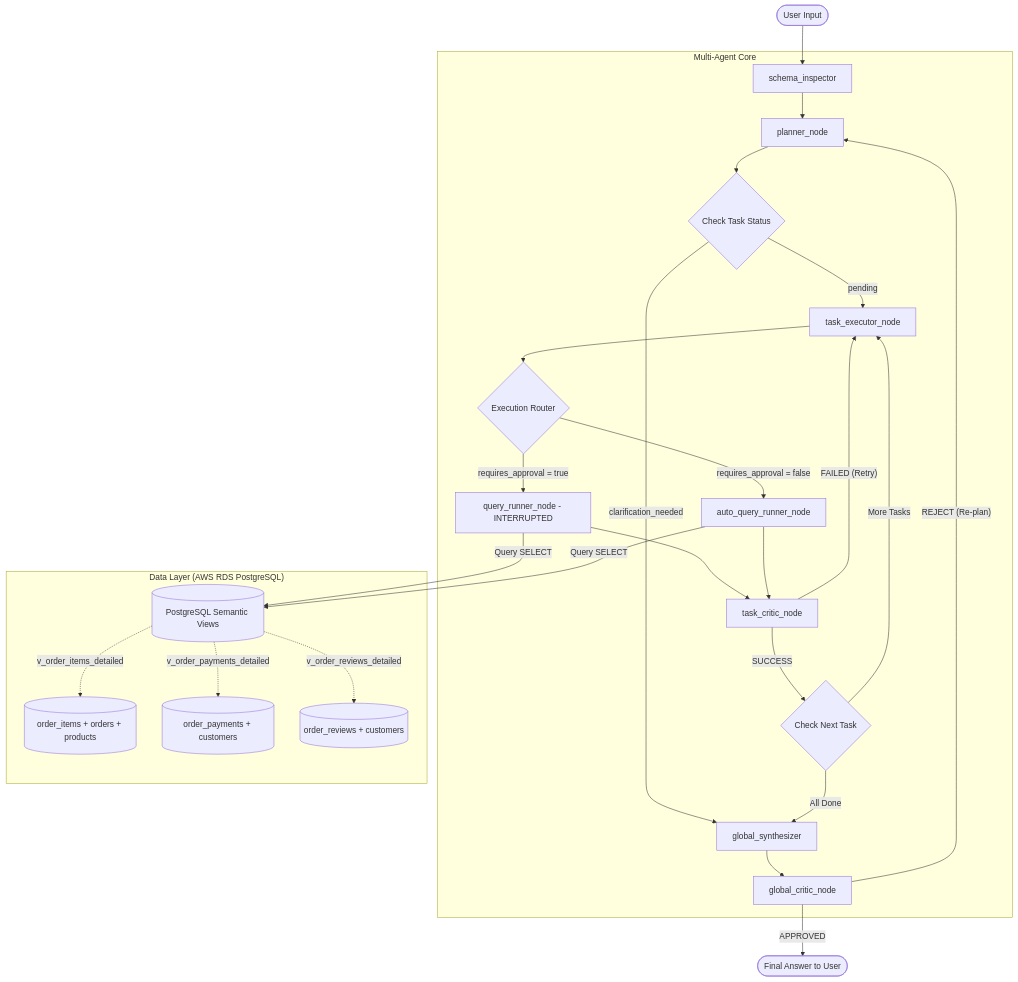
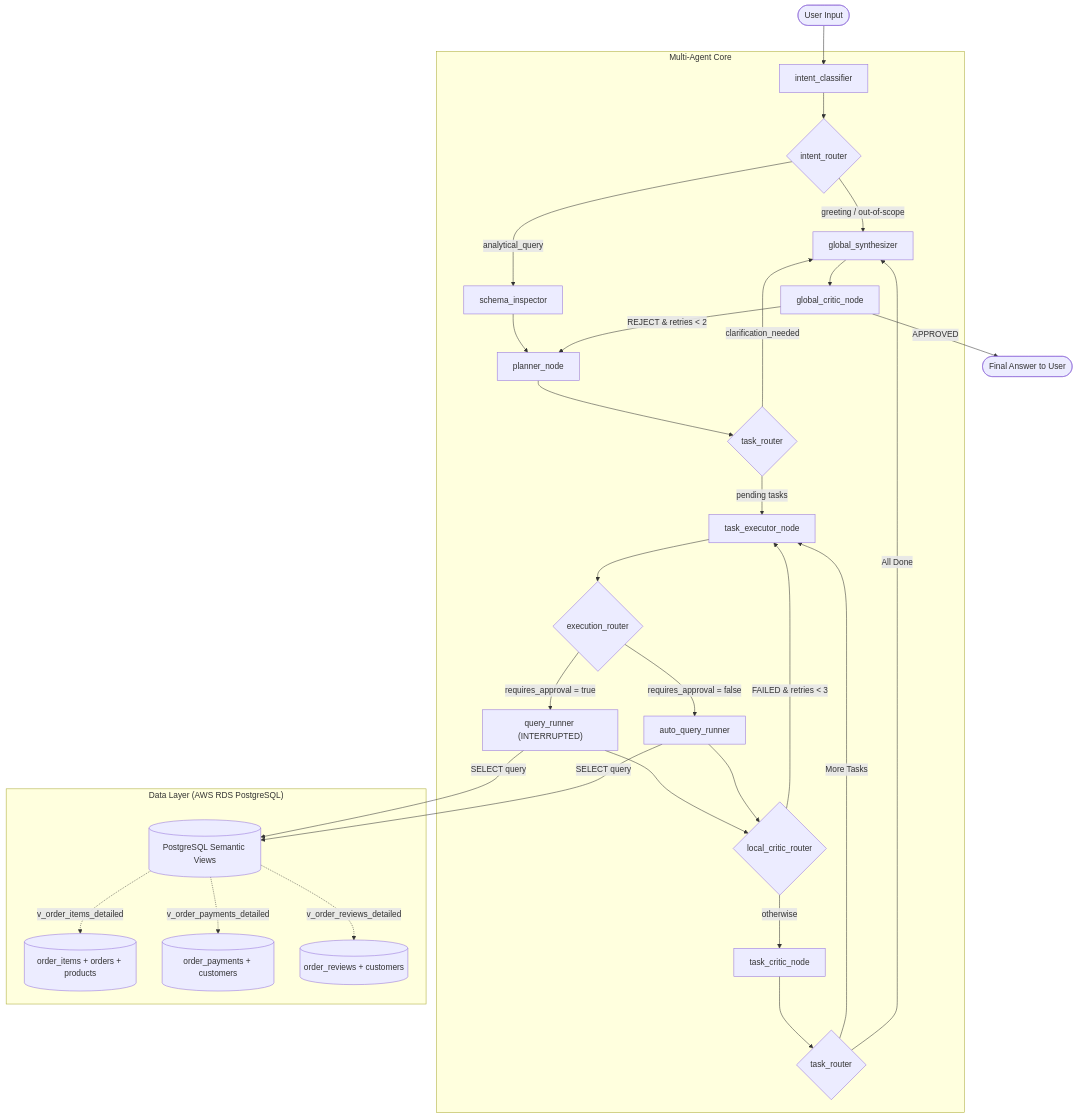
Before and after one commit to Roberttwil/Olist: the diagram in README.md, drawn with Mermaid.

Commit message:
docs: fix workflow diagram to match actual LangGraph code architecture

````diff
--- a/README.md
+++ b/README.md
@@ -24,47 +24,47 @@
 ```mermaid
 graph TD
-    User([User Input]) --> SchemaInspect[schema_inspector]
-    
+    User([User Input]) --> IntentClass[intent_classifier]
+
     subgraph Multi-Agent Core
+        %% Intent classification gate
+        IntentClass --> IntentRouter{intent_router}
+        IntentRouter -- "greeting / out-of-scope" --> Synthesizer[global_synthesizer]
+        IntentRouter -- "analytical_query" --> SchemaInspect[schema_inspector]
+
         SchemaInspect --> Planner[planner_node]
-        
-        %% Decision Routing
-        Planner --> CheckScope{Check Task Status}
-        
-        %% Clarification / Greetings Shortcut
-        CheckScope -- "clarification_needed" --> Synthesizer[global_synthesizer]
-        
-        %% SQL Executions
-        CheckScope -- "pending" --> Executor[task_executor_node]
-        
-        %% Hybrid Routing Edge
-        Executor --> ExecRouter{Execution Router}
-        ExecRouter -- "requires_approval = true" --> Runner[query_runner_node - INTERRUPTED]
-        ExecRouter -- "requires_approval = false" --> AutoRunner[auto_query_runner_node]
-        
-        Runner --> TaskCritic[task_critic_node]
-        AutoRunner --> TaskCritic
-        
-        %% Self-Healing Loop
-        TaskCritic -- "FAILED (Retry)" --> Executor
-        TaskCritic -- "SUCCESS" --> CheckNextTask{Check Next Task}
-        
-        CheckNextTask -- "More Tasks" --> Executor
-        CheckNextTask -- "All Done" --> Synthesizer
-        
-        %% Quality Assurance Audit
+
+        %% Planner task routing
+        Planner --> TaskRouter{task_router}
+        TaskRouter -- "clarification_needed" --> Synthesizer
+        TaskRouter -- "pending tasks" --> Executor[task_executor_node]
+
+        %% Hybrid approval routing
+        Executor --> ExecRouter{execution_router}
+        ExecRouter -- "requires_approval = true" --> Runner["query_runner (INTERRUPTED)"]
+        ExecRouter -- "requires_approval = false" --> AutoRunner[auto_query_runner]
+
+        %% Local critic router - immediate self-healing retry
+        Runner --> LocalRouter{local_critic_router}
+        AutoRunner --> LocalRouter
+        LocalRouter -- "FAILED & retries < 3" --> Executor
+        LocalRouter -- "otherwise" --> TaskCritic[task_critic_node]
+
+        %% Task critic reuses task_router
+        TaskCritic --> TaskRouter2{task_router}
+        TaskRouter2 -- "More Tasks" --> Executor
+        TaskRouter2 -- "All Done" --> Synthesizer
+
+        %% Global quality audit
         Synthesizer --> GlobalCritic[global_critic_node]
-        
-        %% Audit Re-planning Loop
-        GlobalCritic -- "REJECT (Re-plan)" --> Planner
+        GlobalCritic -- "REJECT & retries < 2" --> Planner
     end
-    
+
     subgraph "Data Layer (AWS RDS PostgreSQL)"
-        Runner & AutoRunner -->|Query SELECT| SemanticViews[("PostgreSQL Semantic Views")]
+        Runner & AutoRunner -->|SELECT query| SemanticViews[("PostgreSQL Semantic Views")]
         SemanticViews -.->|v_order_items_detailed| Table1[("order_items + orders + products")]
         SemanticViews -.->|v_order_payments_detailed| Table2[("order_payments + customers")]
         SemanticViews -.->|v_order_reviews_detailed| Table3[("order_reviews + customers")]
     end
-    
+
     GlobalCritic -- "APPROVED" --> Output([Final Answer to User])
 ```
````
